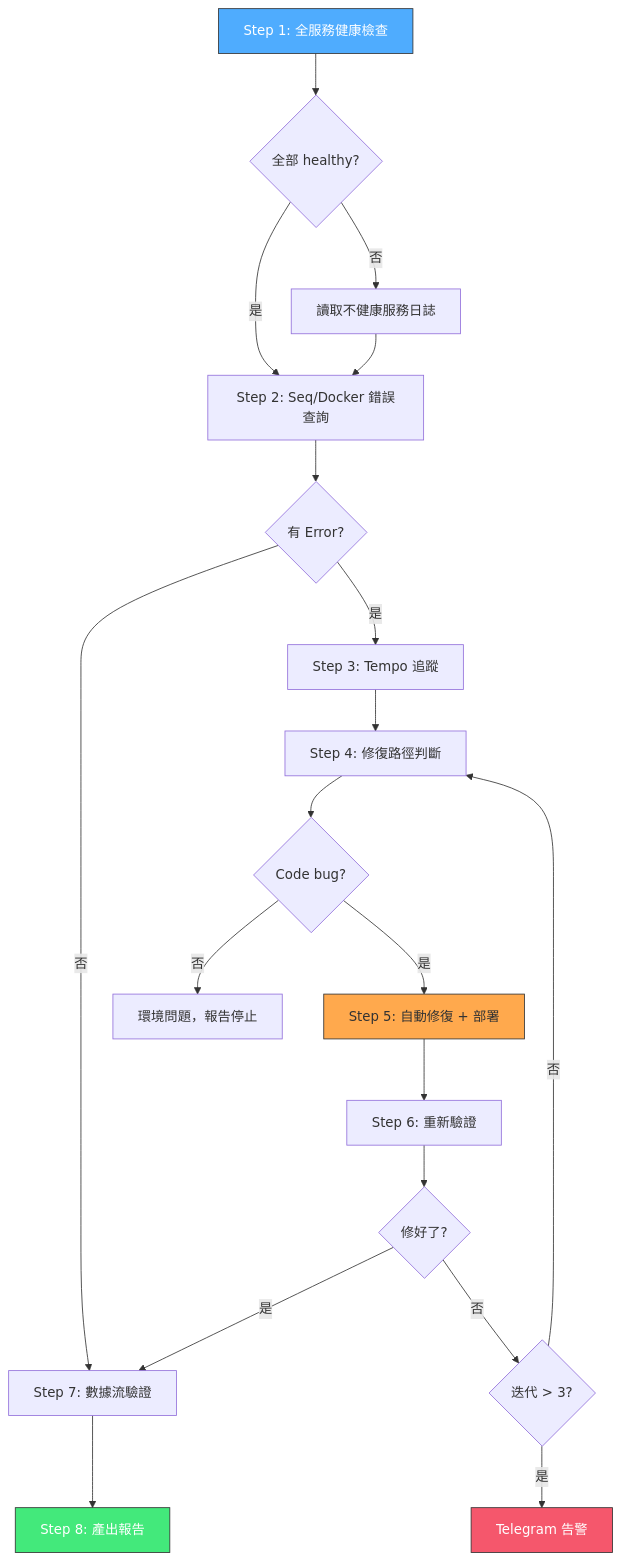
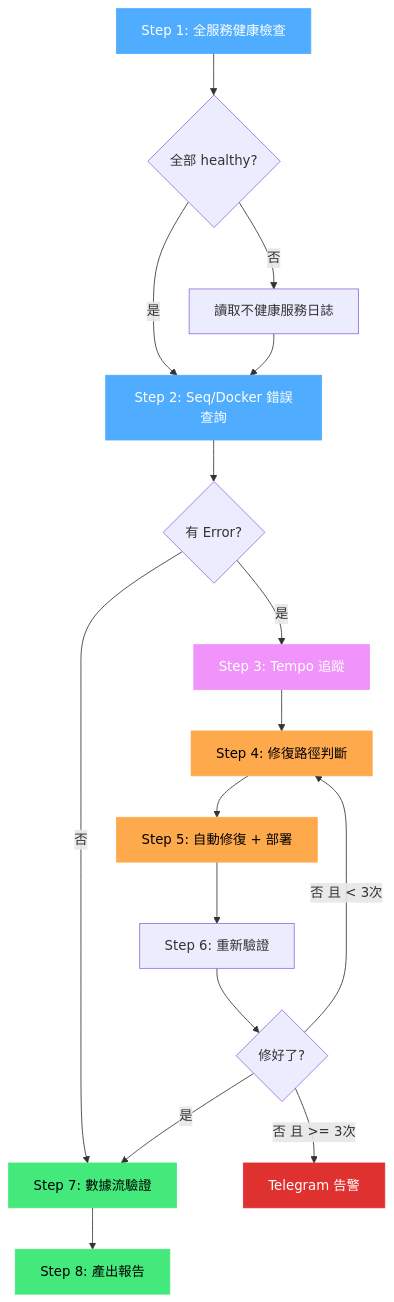
The third of 4 diagrams in _posts/2026-03-28-ai-assisted-trading-system-development.md (Zekkar/Zekkar.github.io), drawn with Mermaid before and after one commit. The commit also changed other lines of this file, not shown here.

First line of the commit message:
fix: 全面重做圖表 — 統一用簡潔 Mermaid flowchart + classDef 配色

````diff
--- a/_posts/2026-03-28-ai-assisted-trading-system-development.md
+++ b/_posts/2026-03-28-ai-assisted-trading-system-development.md
@@ -184,26 +130,24 @@
 ```mermaid
 flowchart TD
-    A[Step 1: 全服務健康檢查] --> B{全部 healthy?}
-    B -->|否| C[讀取不健康服務日誌]
-    B -->|是| D[Step 2: Seq/Docker 錯誤查詢]
+    A["Step 1: 全服務健康檢查"]:::blue --> B{"全部 healthy?"}
+    B -->|"否"| C["讀取不健康服務日誌"]
+    B -->|"是"| D["Step 2: Seq/Docker 錯誤查詢"]:::blue
     C --> D
-    D --> E{有 Error?}
-    E -->|否| F[Step 7: 數據流驗證]
-    E -->|是| G[Step 3: Tempo 追蹤]
-    G --> H[Step 4: 修復路徑判斷]
-    H --> I{Code bug?}
-    I -->|是| J[Step 5: 自動修復 + 部署]
-    I -->|否| K[環境問題，報告停止]
-    J --> L[Step 6: 重新驗證]
-    L --> M{修好了?}
-    M -->|否| N{迭代 > 3?}
-    N -->|是| O[Telegram 告警]
-    N -->|否| H
-    M -->|是| F
-    F --> P[Step 8: 產出報告]
+    D --> E{"有 Error?"}
+    E -->|"否"| F["Step 7: 數據流驗證"]:::green
+    E -->|"是"| G["Step 3: Tempo 追蹤"]:::pink
+    G --> H["Step 4: 修復路徑判斷"]:::orange
+    H --> I["Step 5: 自動修復 + 部署"]:::orange
+    I --> J["Step 6: 重新驗證"]
+    J --> K{"修好了?"}
+    K -->|"否 且 < 3次"| H
+    K -->|"否 且 >= 3次"| L["Telegram 告警"]:::red
+    K -->|"是"| F
+    F --> M["Step 8: 產出報告"]:::green
 
-    style A fill:#4facfe,stroke:#333,color:#fff
-    style J fill:#ffa94d,stroke:#333
-    style O fill:#f5576c,stroke:#333,color:#fff
-    style P fill:#43e97b,stroke:#333,color:#fff
+    classDef blue fill:#4facfe,stroke:#4facfe,color:#fff
+    classDef pink fill:#f093fb,stroke:#f093fb,color:#fff
+    classDef orange fill:#ffa94d,stroke:#ffa94d,color:#000
+    classDef green fill:#43e97b,stroke:#43e97b,color:#000
+    classDef red fill:#e03131,stroke:#e03131,color:#fff
 ```
````
